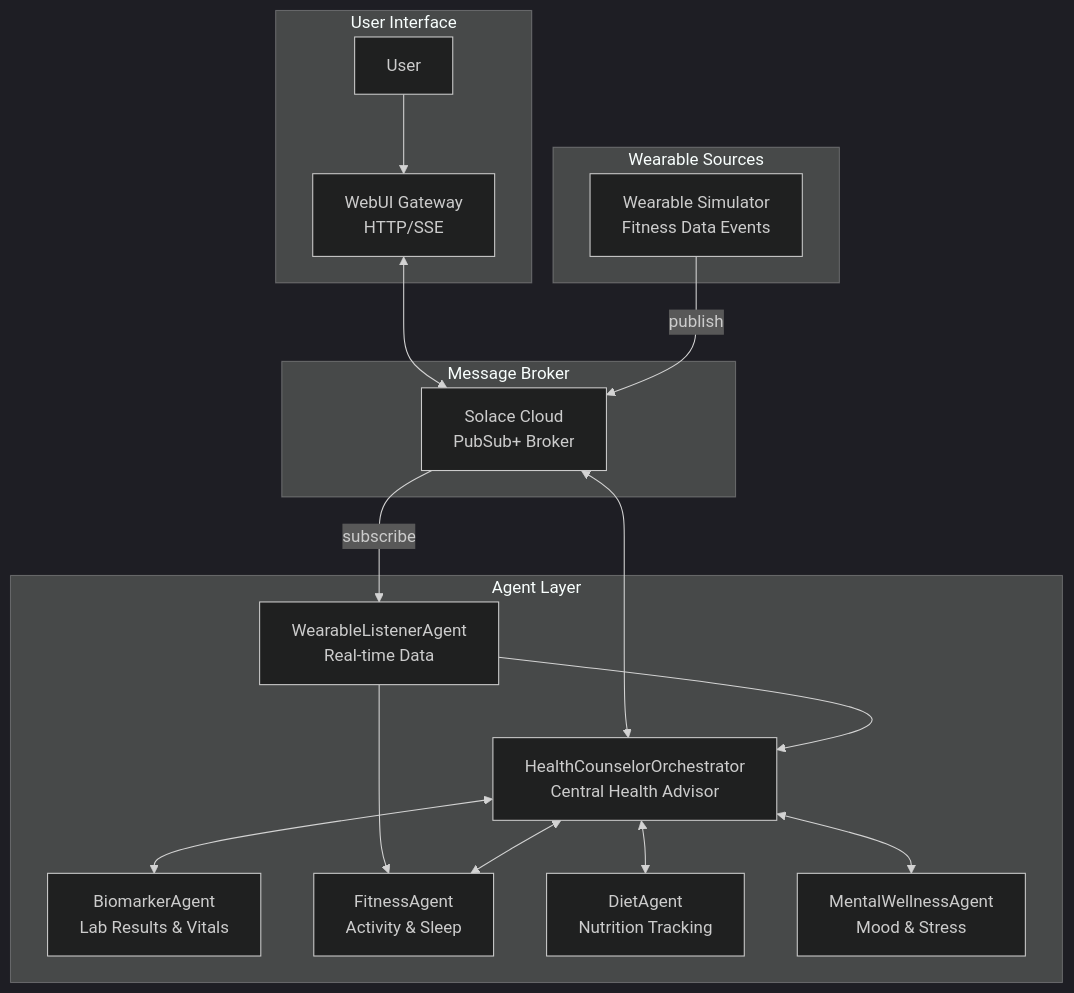
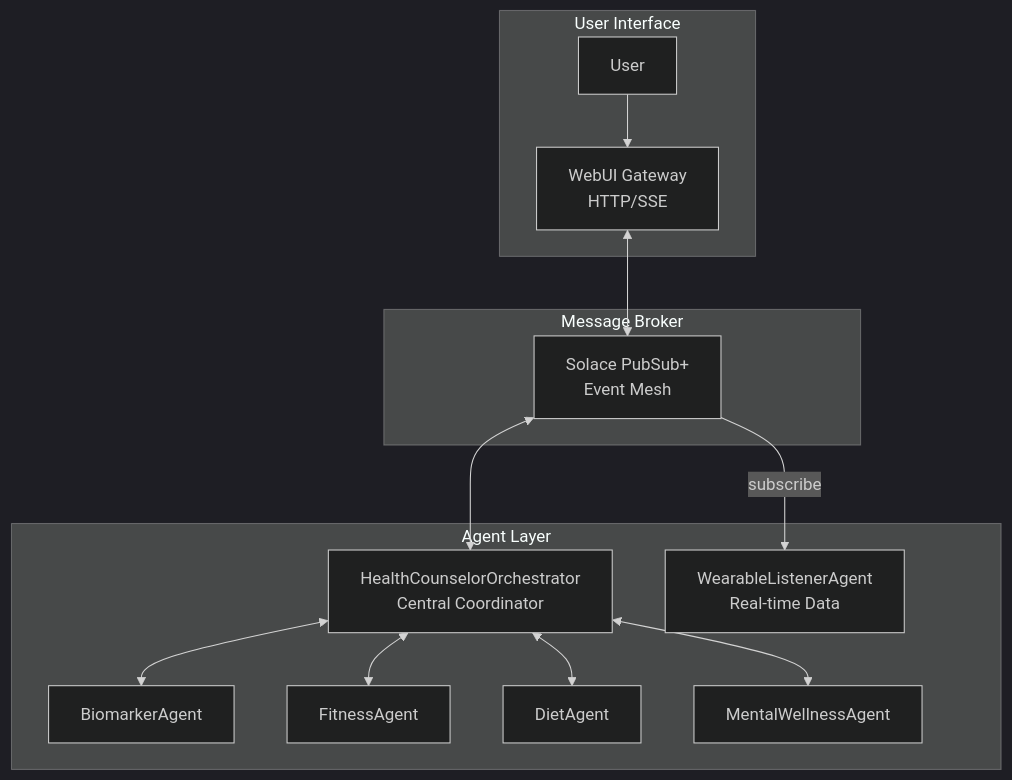
Before and after one commit to gp510/health-counselor-demo: the diagram in README.md, drawn with Mermaid (dark theme). The commit also changed other lines of this file and 30 other files, not shown here.

````diff
--- a/README.md
+++ b/README.md
@@ -25,36 +28,29 @@
 ```mermaid
 graph TB
     subgraph "User Interface"
         User[User]
         WebUI[WebUI Gateway<br/>HTTP/SSE]
     end
 
-    subgraph "Wearable Sources"
-        Simulator[Wearable Simulator<br/>Fitness Data Events]
-    end
-
     subgraph "Message Broker"
-        Broker[Solace Cloud<br/>PubSub+ Broker]
+        Broker[Solace PubSub+<br/>Event Mesh]
     end
 
     subgraph "Agent Layer"
-        Orch[HealthCounselorOrchestrator<br/>Central Health Advisor]
+        Orch[HealthCounselorOrchestrator<br/>Central Coordinator]
+        Bio[BiomarkerAgent]
+        Fitness[FitnessAgent]
+        Diet[DietAgent]
+        Mental[MentalWellnessAgent]
         Wearable[WearableListenerAgent<br/>Real-time Data]
-        Bio[BiomarkerAgent<br/>Lab Results & Vitals]
-        Fitness[FitnessAgent<br/>Activity & Sleep]
-        Diet[DietAgent<br/>Nutrition Tracking]
-        Mental[MentalWellnessAgent<br/>Mood & Stress]
     end
 
     User --> WebUI
     WebUI <--> Broker
-    Simulator -->|publish| Broker
     Broker <--> Orch
-    Broker -->|subscribe| Wearable
-    Wearable --> Fitness
-    Wearable --> Orch
     Orch <--> Bio
     Orch <--> Fitness
     Orch <--> Diet
     Orch <--> Mental
+    Broker -->|subscribe| Wearable
 ```
````
